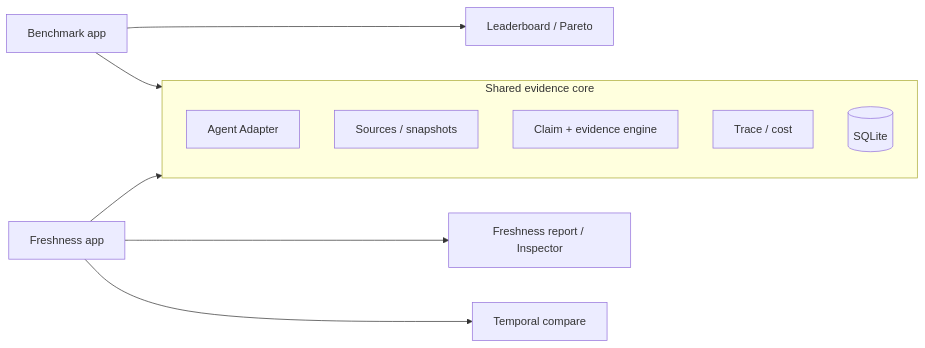
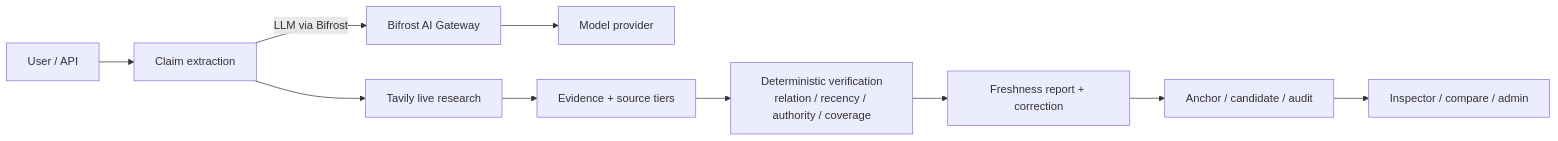
One commit to Gi-Tuu/yai-scout changed the diagram in README.md. Above: the diagram before and after it, drawn with Mermaid. The commit also changed other lines of this file and 11 other files, not shown here.

First line of the commit message:
feat: single-primary repositioning and Bifrost gateway integration

````diff
--- a/README.md
+++ b/README.md
@@ -58,15 +93,12 @@
 ```mermaid
 flowchart LR
-  subgraph CORE[Shared evidence core]
-    AD[Agent Adapter]
-    SR[Sources / snapshots]
-    EV[Claim + evidence engine]
-    TR[Trace / cost]
-    ST[(SQLite)]
-  end
-  B[Benchmark app] --> CORE
-  F[Freshness app] --> CORE
-  B --> LB[Leaderboard / Pareto]
-  F --> RP[Freshness report / Inspector]
-  F --> CP[Temporal compare]
+  U[User / API] --> F[Claim extraction]
+  F -->|LLM via Bifrost| B[Bifrost AI Gateway]
+  B --> M[Model provider]
+  F --> T[Tavily live research]
+  T --> E[Evidence + source tiers]
+  E --> V[Deterministic verification<br/>relation / recency / authority / coverage]
+  V --> R[Freshness report + correction]
+  R --> A[Anchor / candidate / audit]
+  A --> UI[Inspector / compare / admin]
 ```
````
